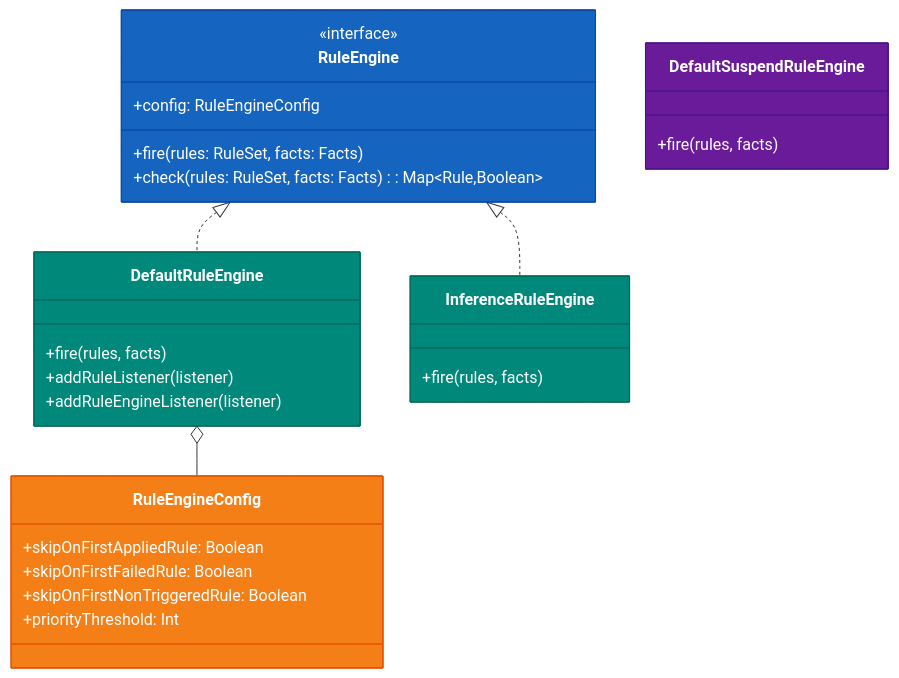
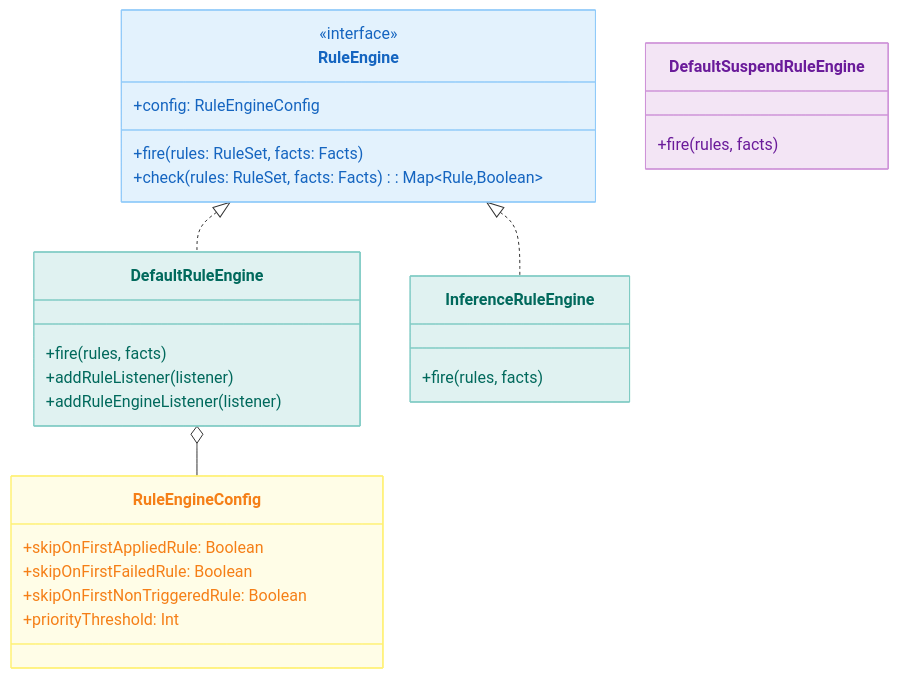
One commit to bluetape4k/bluetape4k-projects changed the third of 8 diagrams in utils/rule-engine/README.md. Above: the diagram before and after it, drawn with Mermaid. The commit also changed other lines of this file and 219 other files, not shown here.

First line of the commit message:
docs: 전체 README Mermaid 다이어그램 가이드 적용

````diff
--- a/utils/rule-engine/README.md
+++ b/utils/rule-engine/README.md
@@ -125,40 +125,40 @@
 ```mermaid
 classDiagram
     class RuleEngine {
         <<interface>>
         +config: RuleEngineConfig
         +fire(rules: RuleSet, facts: Facts)
         +check(rules: RuleSet, facts: Facts): Map~Rule,Boolean~
     }
 
     class DefaultRuleEngine {
         +fire(rules, facts)
         +addRuleListener(listener)
         +addRuleEngineListener(listener)
     }
 
     class InferenceRuleEngine {
         +fire(rules, facts)
     }
 
     class DefaultSuspendRuleEngine {
         +fire(rules, facts)
     }
 
     class RuleEngineConfig {
         +skipOnFirstAppliedRule: Boolean
         +skipOnFirstFailedRule: Boolean
         +skipOnFirstNonTriggeredRule: Boolean
         +priorityThreshold: Int
     }
 
     RuleEngine <|.. DefaultRuleEngine
     RuleEngine <|.. InferenceRuleEngine
     DefaultRuleEngine o-- RuleEngineConfig
 
-    style RuleEngine fill:#1565C0,stroke:#0D47A1,color:#FFFFFF
-    style DefaultRuleEngine fill:#00897B,stroke:#00695C,color:#FFFFFF
-    style InferenceRuleEngine fill:#00897B,stroke:#00695C,color:#FFFFFF
-    style DefaultSuspendRuleEngine fill:#6A1B9A,stroke:#4A148C,color:#FFFFFF
-    style RuleEngineConfig fill:#F57F17,stroke:#E65100,color:#FFFFFF
+    style RuleEngine fill:#E3F2FD,stroke:#90CAF9,color:#1565C0
+    style DefaultRuleEngine fill:#E0F2F1,stroke:#80CBC4,color:#00695C
+    style InferenceRuleEngine fill:#E0F2F1,stroke:#80CBC4,color:#00695C
+    style DefaultSuspendRuleEngine fill:#F3E5F5,stroke:#CE93D8,color:#6A1B9A
+    style RuleEngineConfig fill:#FFFDE7,stroke:#FFF176,color:#F57F17
 ```
````
